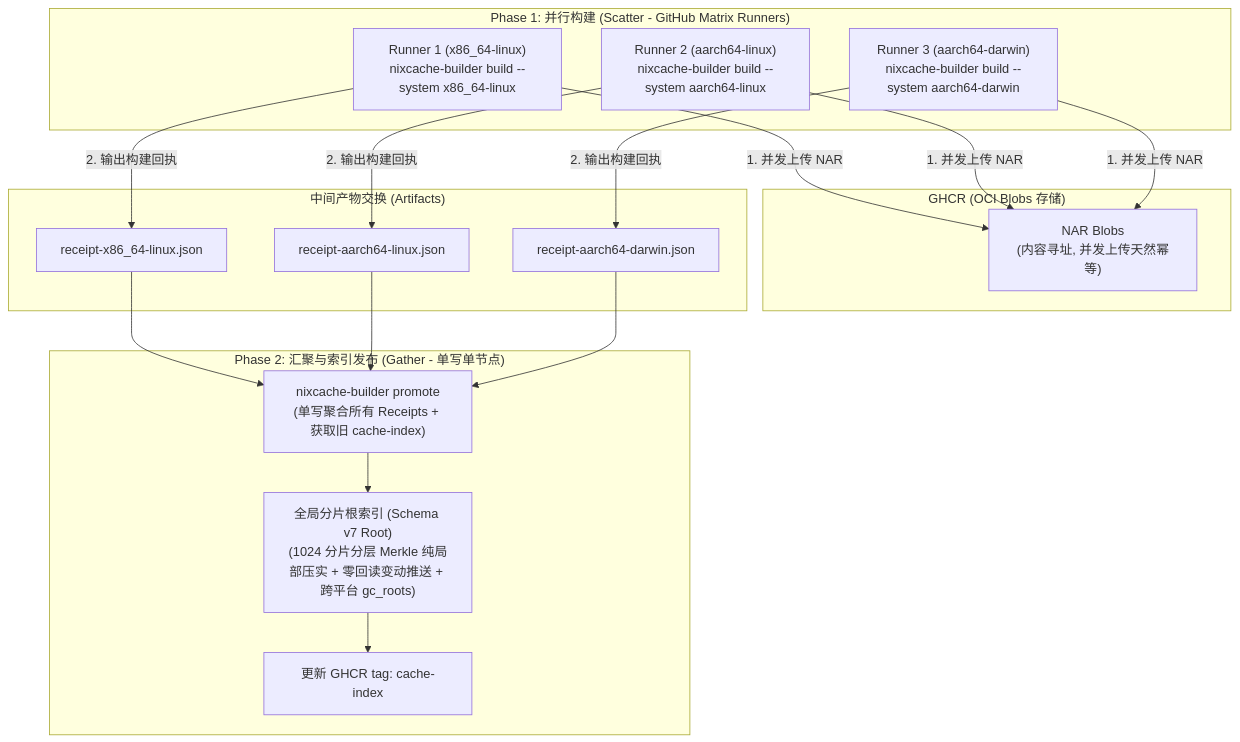
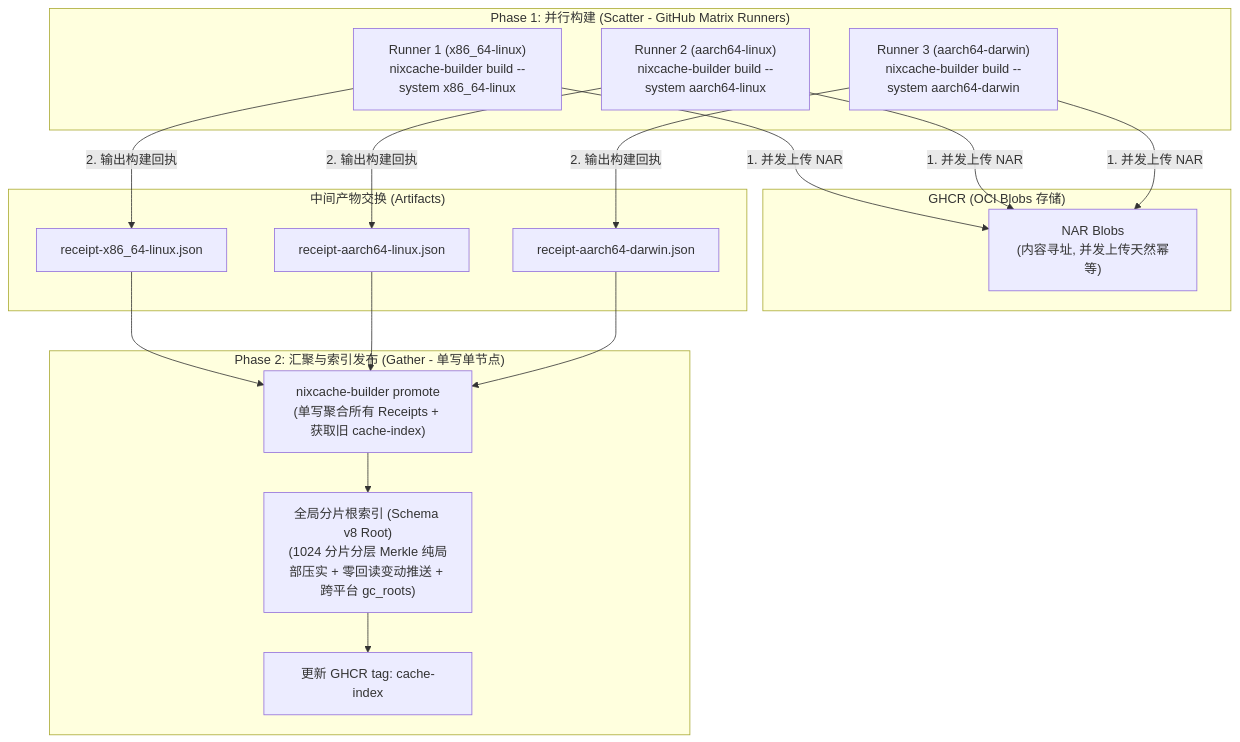
One commit to shaogme/nixcache-oci changed the first of 3 diagrams in README.md. Above: the diagram before and after it, drawn with Mermaid. The commit also changed other lines of this file and 36 other files, not shown here.

````diff
--- a/README.md
+++ b/README.md
@@ -922,39 +922,39 @@
 ```mermaid
 flowchart TD
     subgraph Matrix ["Phase 1: 并行构建 (Scatter - GitHub Matrix Runners)"]
         RunnerA["Runner 1 (x86_64-linux)<br>nixcache-builder build --system x86_64-linux"]
         RunnerB["Runner 2 (aarch64-linux)<br>nixcache-builder build --system aarch64-linux"]
         RunnerC["Runner 3 (aarch64-darwin)<br>nixcache-builder build --system aarch64-darwin"]
     end
 
     subgraph OCI_Blobs ["GHCR (OCI Blobs 存储)"]
         BlobStorage["NAR Blobs<br>(内容寻址, 并发上传天然幂等)"]
     end
 
     subgraph Receipts ["中间产物交换 (Artifacts)"]
         ReceiptA["receipt-x86_64-linux.json"]
         ReceiptB["receipt-aarch64-linux.json"]
         ReceiptC["receipt-aarch64-darwin.json"]
     end
 
     subgraph Gather ["Phase 2: 汇聚与索引发布 (Gather - 单写单节点)"]
         Merger["nixcache-builder promote<br>(单写聚合所有 Receipts + 获取旧 cache-index)"]
-        MergedIndex["全局分片根索引 (Schema v7 Root)<br>(1024 分片分层 Merkle 纯局部压实 + 零回读变动推送 + 跨平台 gc_roots)"]
+        MergedIndex["全局分片根索引 (Schema v8 Root)<br>(1024 分片分层 Merkle 纯局部压实 + 零回读变动推送 + 跨平台 gc_roots)"]
         TagPush["更新 GHCR tag: cache-index"]
     end
 
     RunnerA -->|1. 并发上传 NAR| BlobStorage
     RunnerB -->|1. 并发上传 NAR| BlobStorage
     RunnerC -->|1. 并发上传 NAR| BlobStorage
 
     RunnerA -->|2. 输出构建回执| ReceiptA
     RunnerB -->|2. 输出构建回执| ReceiptB
     RunnerC -->|2. 输出构建回执| ReceiptC
 
     ReceiptA --> Merger
     ReceiptB --> Merger
     ReceiptC --> Merger
 
     Merger --> MergedIndex
     MergedIndex --> TagPush
 ```
````
